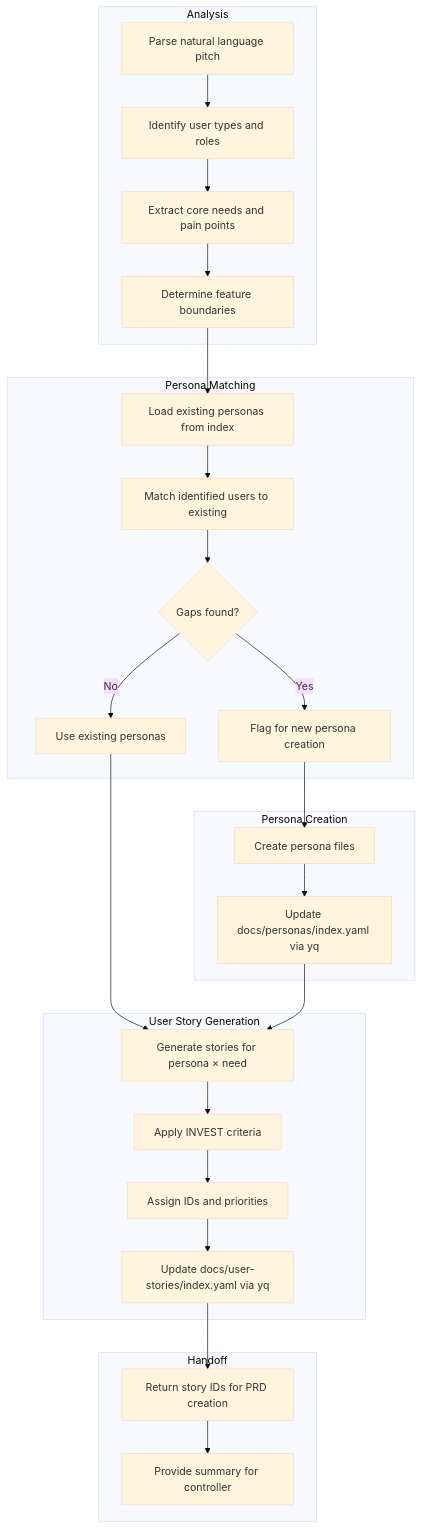
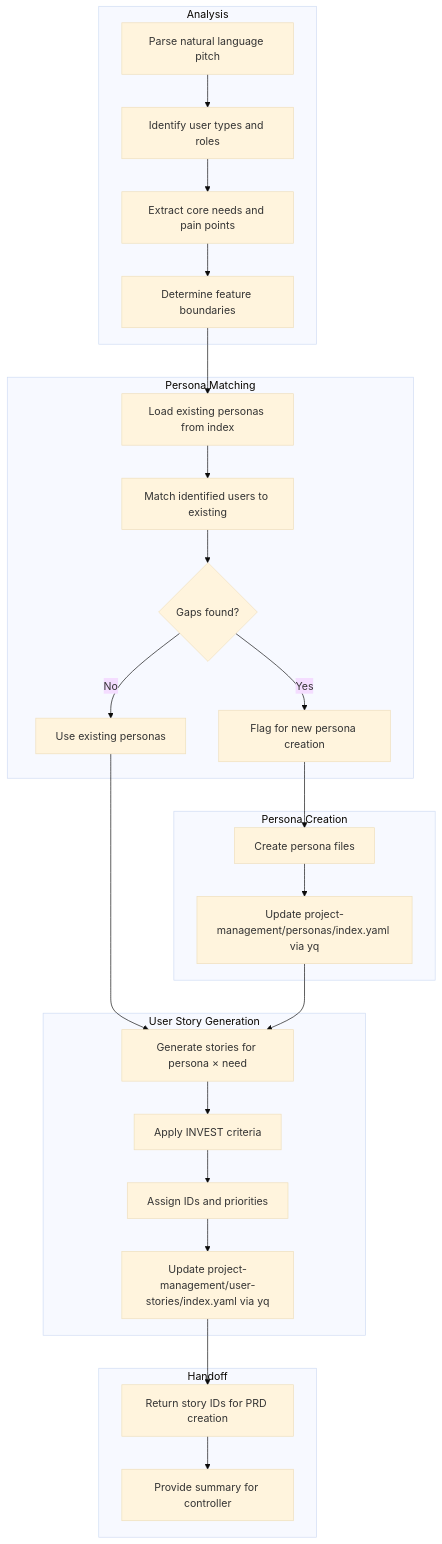
The first of 2 diagrams in agents/npl-idea-to-spec.md (noizu-labs-ml/NoizuPromptLingo), drawn with Mermaid (base theme) before and after one commit. The commit also changed other lines of this file and 28 other files, not shown here.

````diff
--- a/agents/npl-idea-to-spec.md
+++ b/agents/npl-idea-to-spec.md
@@ -86,35 +86,35 @@
 ```mermaid
 flowchart TD
     subgraph Analysis
         A[Parse natural language pitch] --> B[Identify user types and roles]
         B --> C[Extract core needs and pain points]
         C --> D[Determine feature boundaries]
     end
     
     subgraph Persona_Matching ["Persona Matching"]
         E[Load existing personas from index] --> F[Match identified users to existing]
         F --> G{Gaps found?}
         G -->|Yes| H[Flag for new persona creation]
         G -->|No| I[Use existing personas]
     end
     
     subgraph Persona_Creation ["Persona Creation"]
         H --> J[Create persona files]
-        J --> K[Update docs/personas/index.yaml via yq]
+        J --> K[Update project-management/personas/index.yaml via yq]
     end
     
     subgraph Story_Generation ["User Story Generation"]
         L[Generate stories for persona × need] --> M[Apply INVEST criteria]
         M --> N[Assign IDs and priorities]
-        N --> O[Update docs/user-stories/index.yaml via yq]
+        N --> O[Update project-management/user-stories/index.yaml via yq]
     end
     
     subgraph Handoff
         P[Return story IDs for PRD creation] --> Q[Provide summary for controller]
     end
     
     D --> E
     I --> L
     K --> L
     O --> P
 ```
````
